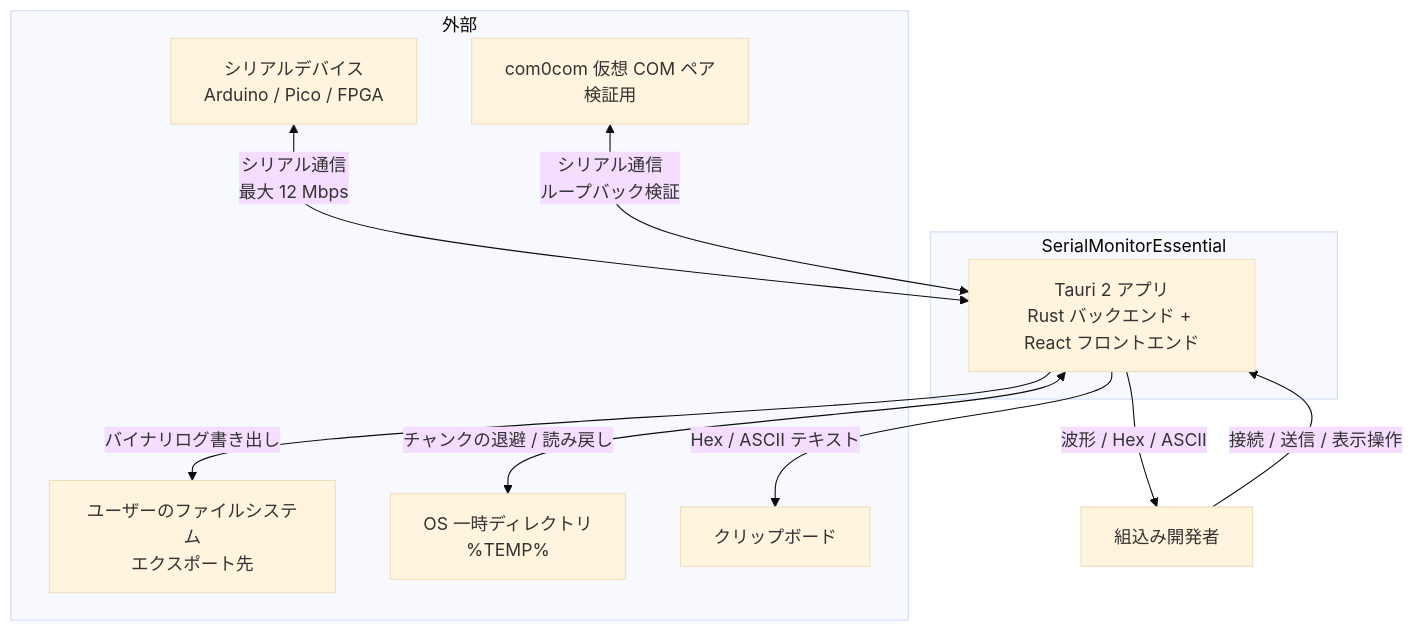
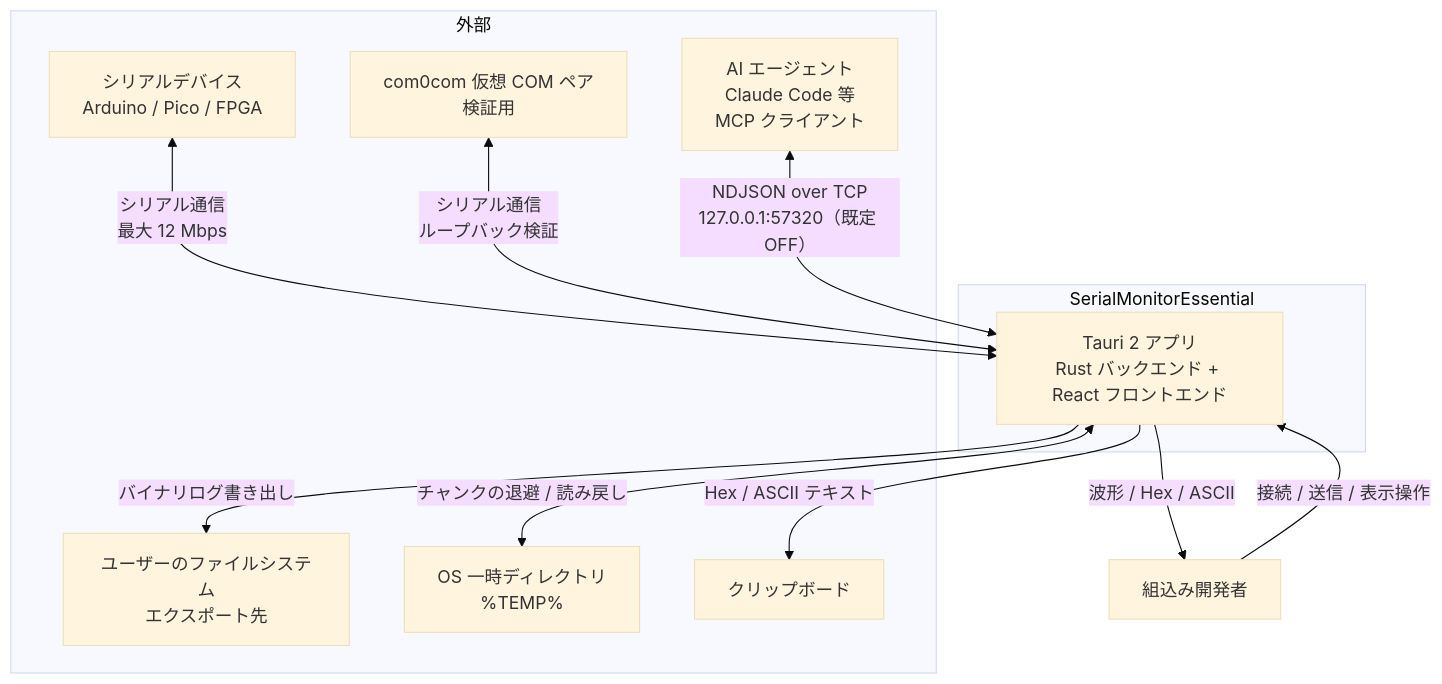
Before and after one commit to 771-8bit/SerialMonitorEssential: the first of 12 diagrams in docs/22_architecture_description.md, drawn with Mermaid (base theme). The commit also changed other lines of this file and 28 other files, not shown here.

````diff
--- a/docs/22_architecture_description.md
+++ b/docs/22_architecture_description.md
@@ -47,22 +47,24 @@
 ```mermaid
 flowchart TB
     subgraph ext["外部"]
         DEV["シリアルデバイス<br/>Arduino / Pico / FPGA"]
         COM["com0com 仮想 COM ペア<br/>検証用"]
         FS["ユーザーのファイルシステム<br/>エクスポート先"]
         TMP["OS 一時ディレクトリ<br/>%TEMP%"]
         CLIP["クリップボード"]
+        AI["AI エージェント<br/>Claude Code 等<br/>MCP クライアント"]
     end
 
     subgraph sys["SerialMonitorEssential"]
         APP["Tauri 2 アプリ<br/>Rust バックエンド + React フロントエンド"]
     end
 
     USER["組込み開発者"] -->|"接続 / 送信 / 表示操作"| APP
     APP -->|"波形 / Hex / ASCII"| USER
     DEV <-->|"シリアル通信<br/>最大 12 Mbps"| APP
     COM <-->|"シリアル通信<br/>ループバック検証"| APP
     APP -->|"バイナリログ書き出し"| FS
     APP <-->|"チャンクの退避 / 読み戻し"| TMP
     APP -->|"Hex / ASCII テキスト"| CLIP
+    AI <-->|"NDJSON over TCP<br/>127.0.0.1:57320（既定 OFF）"| APP
 ```
````
